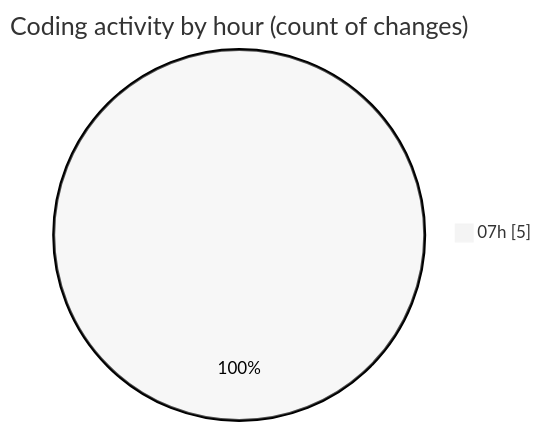
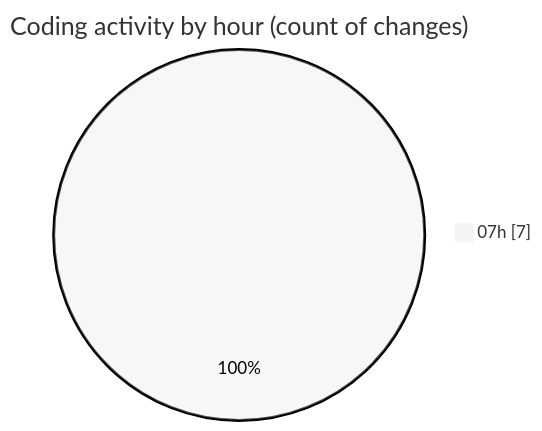
Before and after one commit to robertbonfada/code-tracking: the second of 2 diagrams in 2025-01-09/mbc-web/README.md, drawn with Mermaid (neutral theme). The commit also changed other lines of this file and 1 other file, not shown here.

````diff
--- a/2025-01-09/mbc-web/README.md
+++ b/2025-01-09/mbc-web/README.md
@@ -31,5 +31,5 @@
 ```mermaid
 pie showData
 title Coding activity by hour (count of changes)
-"07h" : 5
+"07h" : 7
 ```
````
